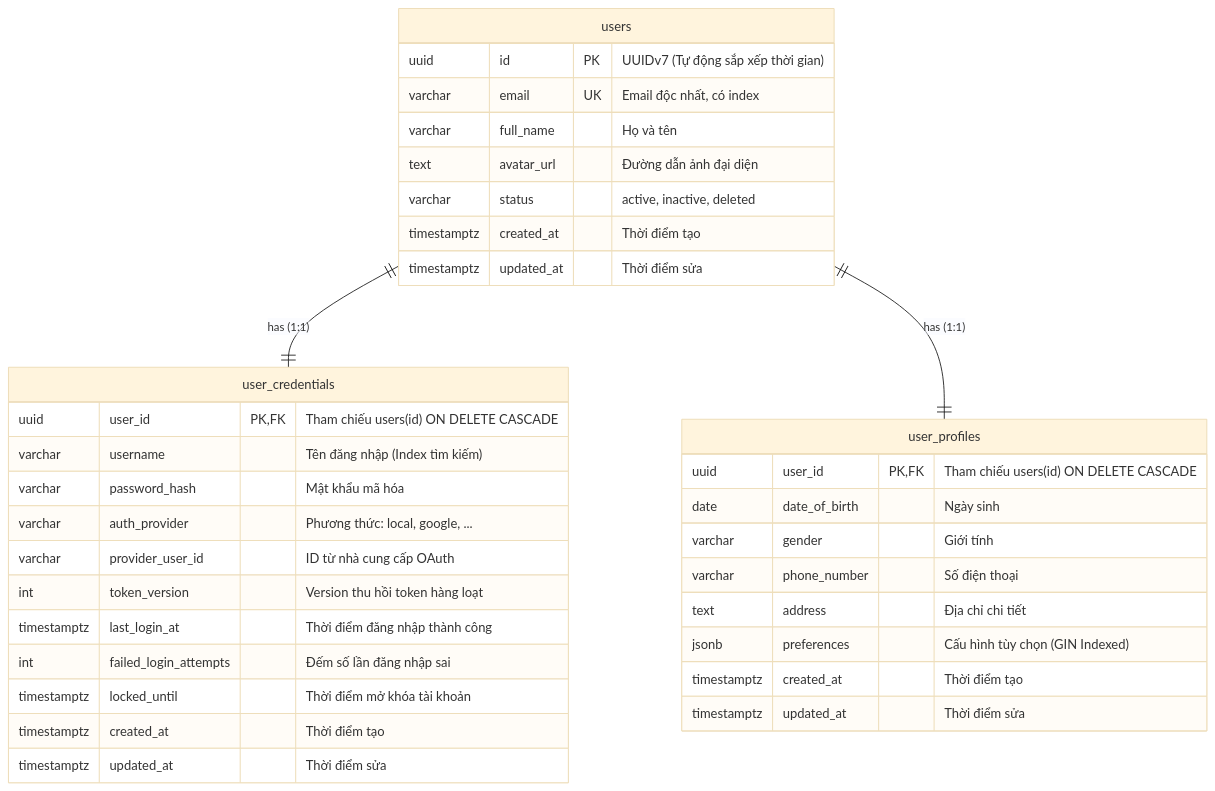
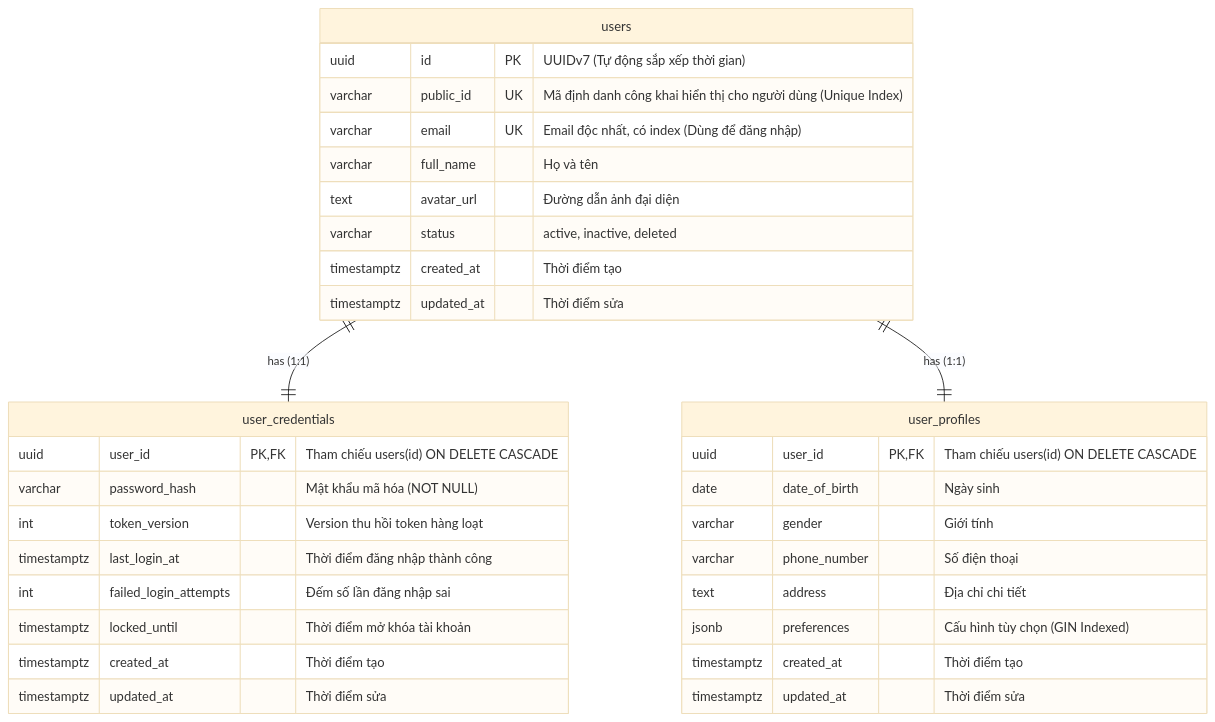
The third of 4 diagrams in docs/system-architecture.md (vlahanam/terra-clone), drawn with Mermaid (base theme) before and after one commit. The commit also changed 7 other files, not shown here.

Commit message:
feat: Enhance user authentication and identification by adding public_id to users table and refining user_credentials structure

````diff
--- a/docs/system-architecture.md
+++ b/docs/system-architecture.md
@@ -167,40 +167,38 @@
 ```mermaid
 erDiagram
     users ||--|| user_credentials : "has (1:1)"
     users ||--|| user_profiles : "has (1:1)"
 
     users {
         uuid id PK "UUIDv7 (Tự động sắp xếp thời gian)"
-        varchar email UK "Email độc nhất, có index"
+        varchar public_id UK "Mã định danh công khai hiển thị cho người dùng (Unique Index)"
+        varchar email UK "Email độc nhất, có index (Dùng để đăng nhập)"
         varchar full_name "Họ và tên"
         text avatar_url "Đường dẫn ảnh đại diện"
         varchar status "active, inactive, deleted"
         timestamptz created_at "Thời điểm tạo"
         timestamptz updated_at "Thời điểm sửa"
     }
 
     user_credentials {
         uuid user_id PK,FK "Tham chiếu users(id) ON DELETE CASCADE"
-        varchar username "Tên đăng nhập (Index tìm kiếm)"
-        varchar password_hash "Mật khẩu mã hóa"
-        varchar auth_provider "Phương thức: local, google, ..."
-        varchar provider_user_id "ID từ nhà cung cấp OAuth"
+        varchar password_hash "Mật khẩu mã hóa (NOT NULL)"
         int token_version "Version thu hồi token hàng loạt"
         timestamptz last_login_at "Thời điểm đăng nhập thành công"
         int failed_login_attempts "Đếm số lần đăng nhập sai"
         timestamptz locked_until "Thời điểm mở khóa tài khoản"
         timestamptz created_at "Thời điểm tạo"
         timestamptz updated_at "Thời điểm sửa"
     }
 
     user_profiles {
         uuid user_id PK,FK "Tham chiếu users(id) ON DELETE CASCADE"
         date date_of_birth "Ngày sinh"
         varchar gender "Giới tính"
         varchar phone_number "Số điện thoại"
         text address "Địa chỉ chi tiết"
         jsonb preferences "Cấu hình tùy chọn (GIN Indexed)"
         timestamptz created_at "Thời điểm tạo"
         timestamptz updated_at "Thời điểm sửa"
     }
 ```
````
